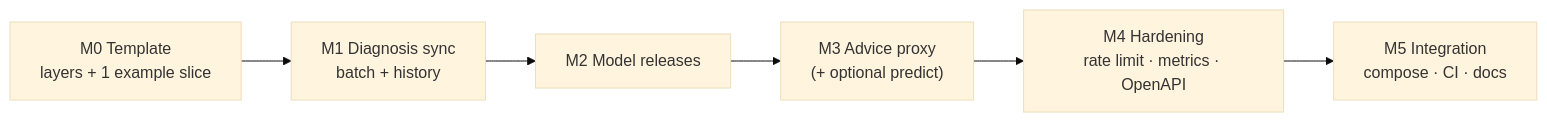
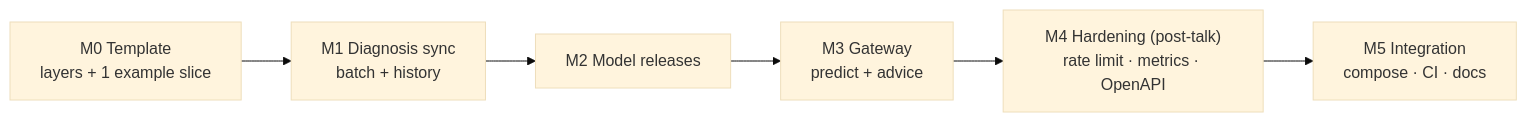
Before and after one commit to Paulmburu/ai-crop-disease-platform: the diagram in go-backend/docs/ROADMAP.md, drawn with Mermaid (base theme). The commit also changed other lines of this file and 5 other files, not shown here.

````diff
--- a/go-backend/docs/ROADMAP.md
+++ b/go-backend/docs/ROADMAP.md
@@ -6,8 +6,8 @@
 ```mermaid
 flowchart LR
     M0["M0 Template<br/>layers + 1 example slice"] --> M1["M1 Diagnosis sync<br/>batch + history"]
     M1 --> M2["M2 Model releases"]
-    M2 --> M3["M3 Advice proxy<br/>(+ optional predict)"]
-    M3 --> M4["M4 Hardening<br/>rate limit · metrics · OpenAPI"]
+    M2 --> M3["M3 Gateway<br/>predict + advice"]
+    M3 --> M4["M4 Hardening (post-talk)<br/>rate limit · metrics · OpenAPI"]
     M4 --> M5["M5 Integration<br/>compose · CI · docs"]
 ```
````
